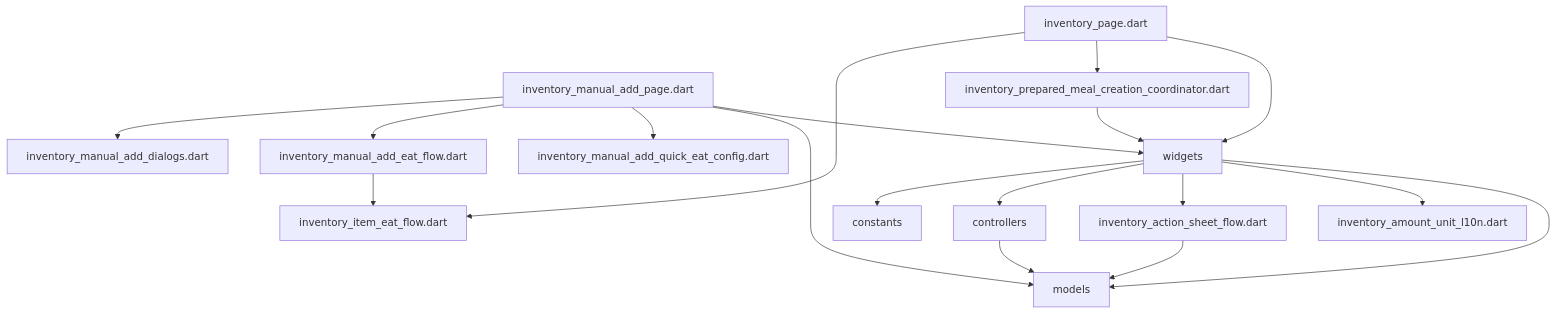
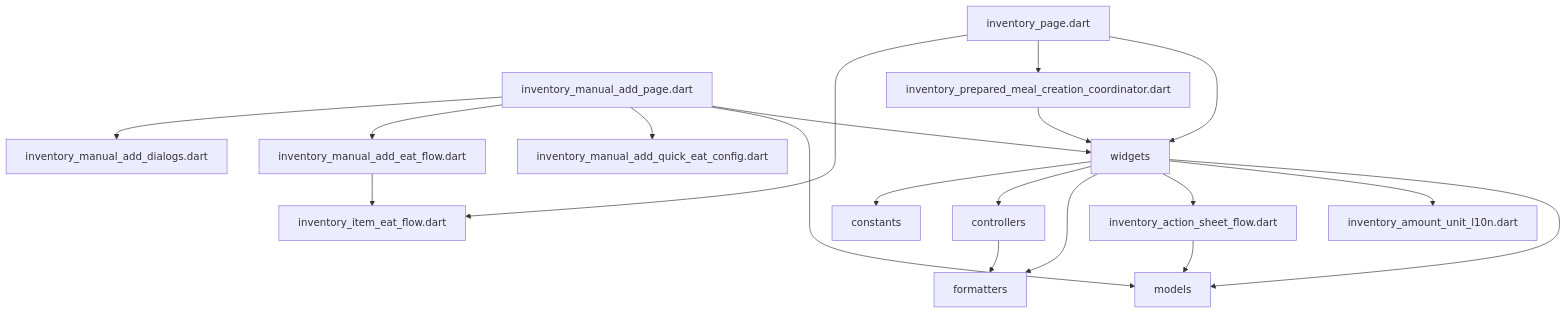
Before and after one commit to repinw/yamt: the diagram in lib/features/inventory/presentation/DEPS.md, drawn with Mermaid. The commit also changed 25 other files, not shown here.

````diff
--- a/lib/features/inventory/presentation/DEPS.md
+++ b/lib/features/inventory/presentation/DEPS.md
@@ -6,20 +6,21 @@
 ```mermaid
 flowchart TD;
-controllers-->models;
+controllers-->formatters;
 inventory_action_sheet_flow.dart-->models;
 inventory_manual_add_eat_flow.dart-->inventory_item_eat_flow.dart;
 inventory_manual_add_page.dart-->inventory_manual_add_dialogs.dart;
 inventory_manual_add_page.dart-->inventory_manual_add_eat_flow.dart;
 inventory_manual_add_page.dart-->inventory_manual_add_quick_eat_config.dart;
 inventory_manual_add_page.dart-->models;
 inventory_manual_add_page.dart-->widgets;
 inventory_page.dart-->inventory_item_eat_flow.dart;
 inventory_page.dart-->inventory_prepared_meal_creation_coordinator.dart;
 inventory_page.dart-->widgets;
 inventory_prepared_meal_creation_coordinator.dart-->widgets;
 widgets-->constants;
 widgets-->controllers;
+widgets-->formatters;
 widgets-->inventory_action_sheet_flow.dart;
 widgets-->inventory_amount_unit_l10n.dart;
 widgets-->models;
 ```
````
